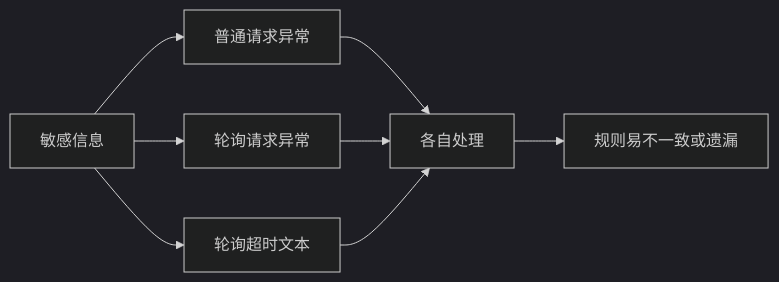
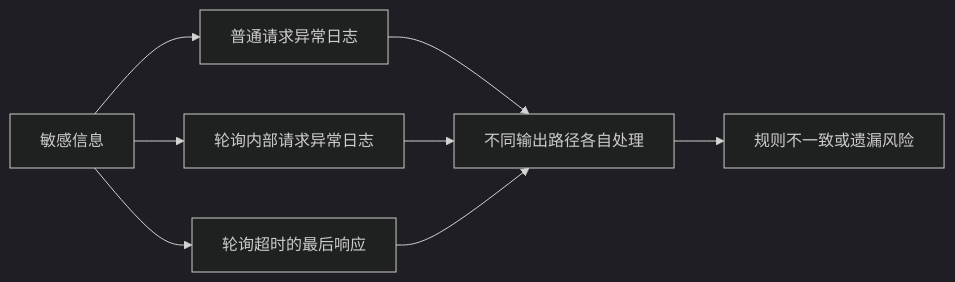
Diagram 12 of 20 in course/DAY01_EVOLUTION_PROBLEM_MAP.md (wjy801/llm_api_case), drawn with Mermaid (dark theme) before and after one commit. The commit also changed other lines of this file, not shown here.

````diff
--- a/course/DAY01_EVOLUTION_PROBLEM_MAP.md
+++ b/course/DAY01_EVOLUTION_PROBLEM_MAP.md
@@ -363,10 +306,10 @@
 ```mermaid
 flowchart LR
-    S[敏感信息] --> A[普通请求异常]
-    S --> B[轮询请求异常]
-    S --> C[轮询超时文本]
-    A --> D[各自处理]
-    B --> D
-    C --> D
-    D --> E[规则易不一致或遗漏]
+    A["敏感信息"] --> B["普通请求异常日志"]
+    A --> C["轮询内部请求异常日志"]
+    A --> D["轮询超时的最后响应"]
+    B --> E["不同输出路径各自处理"]
+    C --> E
+    D --> E
+    E --> F["规则不一致或遗漏风险"]
 ```
````
